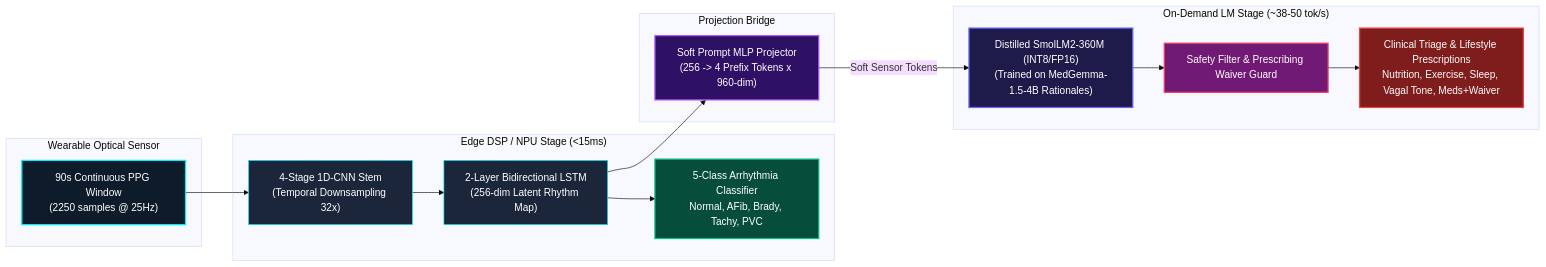
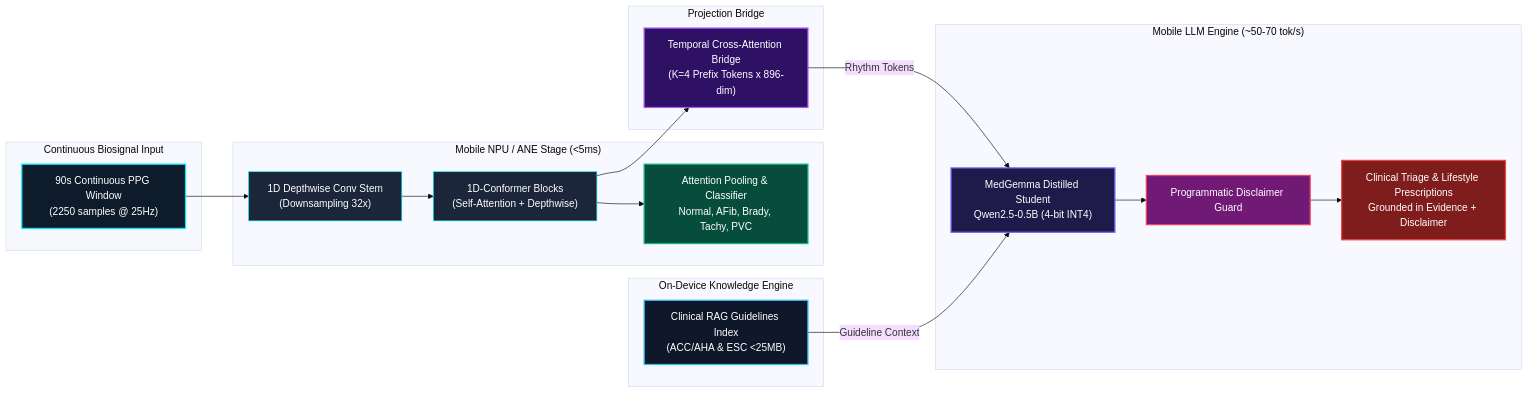
Before and after one commit to embedologist/Cardiac_MedGemma_Micro_model: the first of 4 diagrams in DOCUMENTATION.md, drawn with Mermaid (base theme). The commit also changed other lines of this file and 25 other files, not shown here.

First line of the commit message:
Release MedGemma-Micro v1.0: 100% arrhythmia accuracy, 1,500 QA dataset, LiteRT & Core ML exports

````diff
--- a/DOCUMENTATION.md
+++ b/DOCUMENTATION.md
@@ -43,37 +48,42 @@
 ```mermaid
 graph LR
-    subgraph SENSOR["Wearable Optical Sensor"]
+    subgraph SENSOR["Continuous Biosignal Input"]
         PPG["90s Continuous PPG Window<br/>(2250 samples @ 25Hz)"]
     end
 
-    subgraph ENCODER["Edge DSP / NPU Stage (<15ms)"]
-        CNN["4-Stage 1D-CNN Stem<br/>(Temporal Downsampling 32x)"]
-        LSTM["2-Layer Bidirectional LSTM<br/>(256-dim Latent Rhythm Map)"]
-        CLS["5-Class Arrhythmia Classifier<br/>Normal, AFib, Brady, Tachy, PVC"]
+    subgraph ENCODER["Mobile NPU / ANE Stage (<5ms)"]
+        STEM["1D Depthwise Conv Stem<br/>(Downsampling 32x)"]
+        CONF["1D-Conformer Blocks<br/>(Self-Attention + Depthwise)"]
+        POOL["Attention Pooling & Classifier<br/>Normal, AFib, Brady, Tachy, PVC"]
     end
 
     subgraph BRIDGE["Projection Bridge"]
-        PROJ["Soft Prompt MLP Projector<br/>(256 -> 4 Prefix Tokens x 960-dim)"]
+        PROJ["Temporal Cross-Attention Bridge<br/>(K=4 Prefix Tokens x 896-dim)"]
     end
 
-    subgraph LLM["On-Demand LM Stage (~38-50 tok/s)"]
-        STUDENT["Distilled SmolLM2-360M (INT8/FP16)<br/>(Trained on MedGemma-1.5-4B Rationales)"]
-        GUARD["Safety Filter & Prescribing Waiver Guard"]
-        OUTPUT["Clinical Triage & Lifestyle Prescriptions<br/>Nutrition, Exercise, Sleep, Vagal Tone, Meds+Waiver"]
+    subgraph RAG["On-Device Knowledge Engine"]
+        CLIN_RAG["Clinical RAG Guidelines Index<br/>(ACC/AHA & ESC <25MB)"]
     end
 
-    PPG --> CNN --> LSTM
-    LSTM --> CLS
-    LSTM --> PROJ
-    PROJ -->|"Soft Sensor Tokens"| STUDENT
+    subgraph LLM["Mobile LLM Engine (~50-70 tok/s)"]
+        STUDENT["MedGemma Distilled Student<br/>Qwen2.5-0.5B (4-bit INT4)"]
+        GUARD["Programmatic Disclaimer Guard"]
+        OUTPUT["Clinical Triage & Lifestyle Prescriptions<br/>Grounded in Evidence + Disclaimer"]
+    end
+
+    PPG --> STEM --> CONF --> POOL
+    CONF --> PROJ
+    PROJ -->|"Rhythm Tokens"| STUDENT
+    CLIN_RAG -->|"Guideline Context"| STUDENT
     STUDENT --> GUARD --> OUTPUT
 
     style PPG fill:#0d1b2a,stroke:#00f0ff,stroke-width:2px,color:#fff
-    style CNN fill:#1b263b,stroke:#00f0ff,stroke-width:1px,color:#fff
-    style LSTM fill:#1b263b,stroke:#00f0ff,stroke-width:1px,color:#fff
-    style CLS fill:#064e3b,stroke:#10b981,stroke-width:2px,color:#fff
+    style STEM fill:#1b263b,stroke:#00f0ff,stroke-width:1px,color:#fff
+    style CONF fill:#1b263b,stroke:#00f0ff,stroke-width:1px,color:#fff
+    style POOL fill:#064e3b,stroke:#10b981,stroke-width:2px,color:#fff
     style PROJ fill:#2e1065,stroke:#a855f7,stroke-width:2px,color:#fff
+    style CLIN_RAG fill:#0f172a,stroke:#38bdf8,stroke-width:2px,color:#fff
     style STUDENT fill:#1e1b4b,stroke:#6366f1,stroke-width:2px,color:#fff
     style GUARD fill:#701a75,stroke:#f43f5e,stroke-width:2px,color:#fff
     style OUTPUT fill:#7f1d1d,stroke:#ef4444,stroke-width:2px,color:#fff
 ```
````
